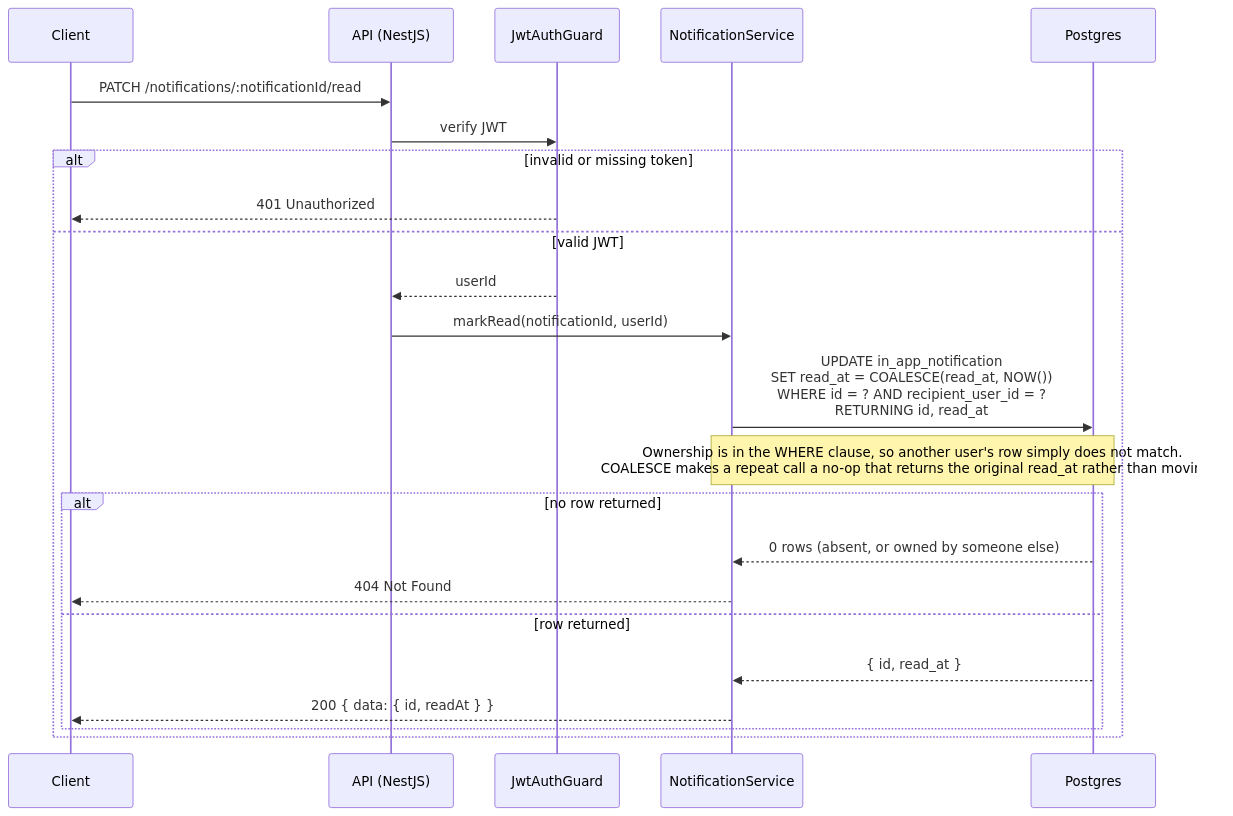
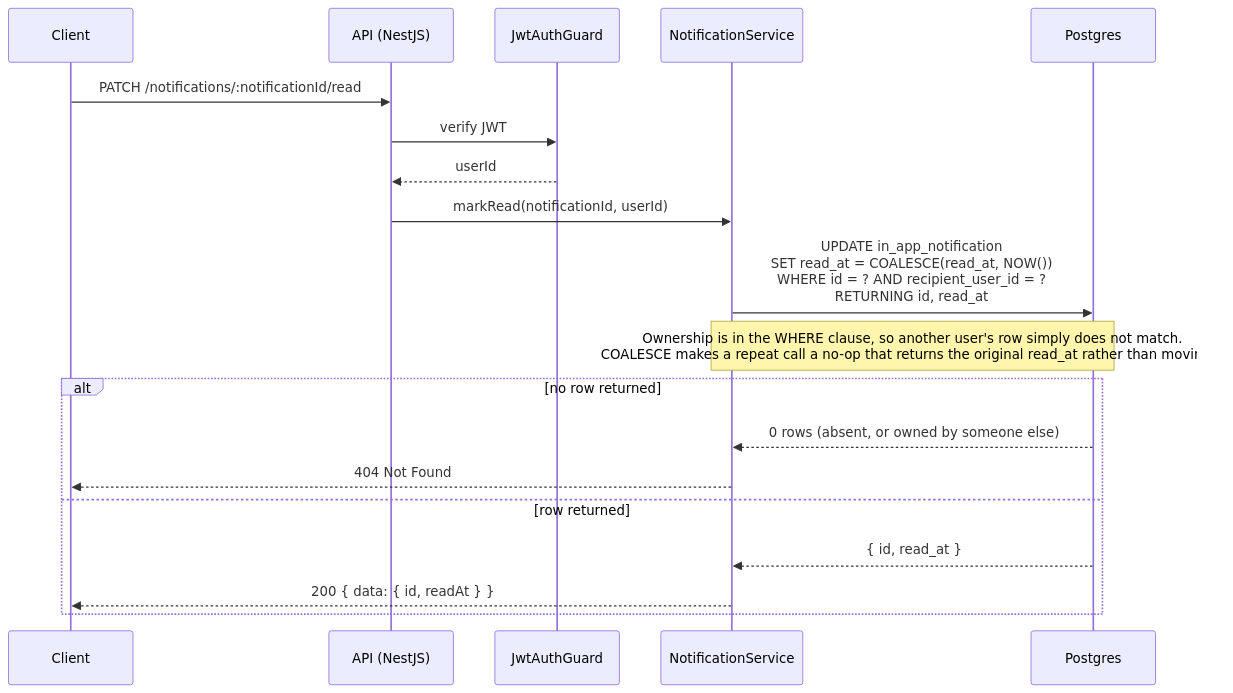
Before and after one commit to alisa-uthi/aliceut-ecom-document: the third of 5 diagrams in phase-1/technical-design/api-design/notifications.md, drawn with Mermaid. The commit also changed other lines of this file and 53 other files, not shown here.

````diff
--- a/phase-1/technical-design/api-design/notifications.md
+++ b/phase-1/technical-design/api-design/notifications.md
@@ -159,26 +155,22 @@
 ```mermaid
 sequenceDiagram
     participant C as Client
     participant API as API (NestJS)
     participant JG as JwtAuthGuard
     participant S as NotificationService
     participant PG as Postgres
 
     C->>API: PATCH /notifications/:notificationId/read
     API->>JG: verify JWT
-    alt invalid or missing token
-        JG-->>C: 401 Unauthorized
-    else valid JWT
-        JG-->>API: userId
-        API->>S: markRead(notificationId, userId)
-        S->>PG: UPDATE in_app_notification<br/>SET read_at = COALESCE(read_at, NOW())<br/>WHERE id = ? AND recipient_user_id = ?<br/>RETURNING id, read_at
-        Note over S,PG: Ownership is in the WHERE clause, so another user's row simply does not match.<br/>COALESCE makes a repeat call a no-op that returns the original read_at rather than moving it
-        alt no row returned
-            PG-->>S: 0 rows (absent, or owned by someone else)
-            S-->>C: 404 Not Found
-        else row returned
-            PG-->>S: { id, read_at }
-            S-->>C: 200 { data: { id, readAt } }
-        end
+    JG-->>API: userId
+    API->>S: markRead(notificationId, userId)
+    S->>PG: UPDATE in_app_notification<br/>SET read_at = COALESCE(read_at, NOW())<br/>WHERE id = ? AND recipient_user_id = ?<br/>RETURNING id, read_at
+    Note over S,PG: Ownership is in the WHERE clause, so another user's row simply does not match.<br/>COALESCE makes a repeat call a no-op that returns the original read_at rather than moving it
+    alt no row returned
+        PG-->>S: 0 rows (absent, or owned by someone else)
+        S-->>C: 404 Not Found
+    else row returned
+        PG-->>S: { id, read_at }
+        S-->>C: 200 { data: { id, readAt } }
     end
 ```
````
